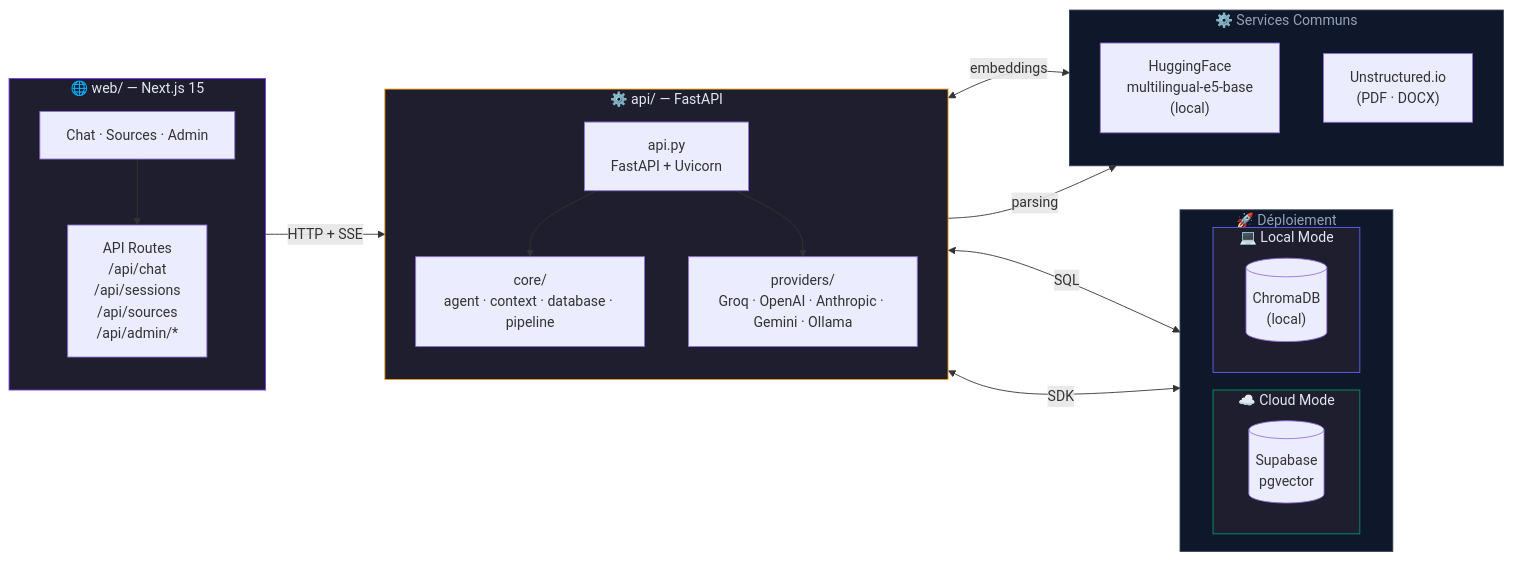
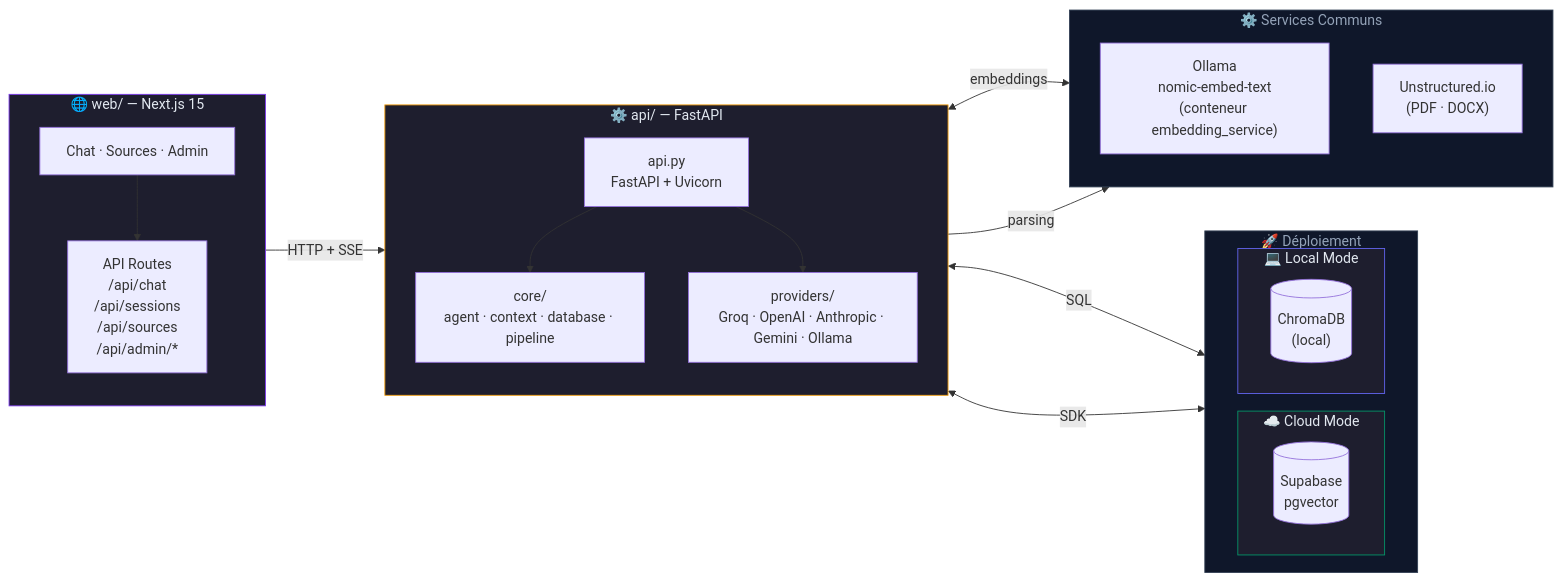
One commit to dlz-dev/HELMo-ORACLE changed the first of 5 diagrams in docs/FR/workflow.md. Above: the diagram before and after it, drawn with Mermaid. The commit also changed other lines of this file and 6 other files, not shown here.

````diff
--- a/docs/FR/workflow.md
+++ b/docs/FR/workflow.md
@@ -5,48 +5,48 @@
 ```mermaid
 flowchart LR
     subgraph WEB ["🌐 web/ — Next.js 15"]
         direction TB
         UI["Chat · Sources · Admin"]
         ROUTES["API Routes\n/api/chat\n/api/sessions\n/api/sources\n/api/admin/*"]
         UI --> ROUTES
     end
 
     subgraph API ["⚙️ api/ — FastAPI"]
         direction TB
         FASTAPI["api.py\nFastAPI + Uvicorn"]
         CORE["core/\nagent · context · database · pipeline"]
         PROV["providers/\nGroq · OpenAI · Anthropic · Gemini · Ollama"]
         FASTAPI --> CORE
         FASTAPI --> PROV
     end
 
     ROUTES -->|"HTTP + SSE"| FASTAPI
 
     subgraph DEPLOIEMENT ["🚀 Déploiement"]
         direction LR
         subgraph CLOUD ["☁️ Cloud Mode"]
             DB_CLOUD[("Supabase\npgvector")]
         end
         subgraph LOCAL ["💻 Local Mode"]
             DB_LOCAL[("ChromaDB\n(local)")]
         end
     end
 
     subgraph INFRA ["⚙️ Services Communs"]
         direction TB
-        EMBED["HuggingFace\nmultilingual-e5-base\n(local)"]
+        EMBED["Ollama\nnomic-embed-text\n(conteneur embedding_service)"]
         UNSTRUCT["Unstructured.io\n(PDF · DOCX)"]
     end
 
     CORE <-->|"SQL"| DB_CLOUD
     CORE <-->|"SDK"| DB_LOCAL
     CORE <-->|"embeddings"| EMBED
     CORE -->|"parsing"| UNSTRUCT
 
     style WEB     fill:#1e1e2e,stroke:#7c3aed,color:#e2e8f0
     style API     fill:#1e1e2e,stroke:#f59e0b,color:#e2e8f0
     style DEPLOIEMENT fill:#0f172a,stroke:#334155,color:#94a3b8
     style CLOUD fill:#1e1e2e,stroke:#059669,color:#e2e8f0
     style LOCAL fill:#1e1e2e,stroke:#6366f1,color:#e2e8f0
     style INFRA   fill:#0f172a,stroke:#334155,color:#94a3b8
 ```
````
